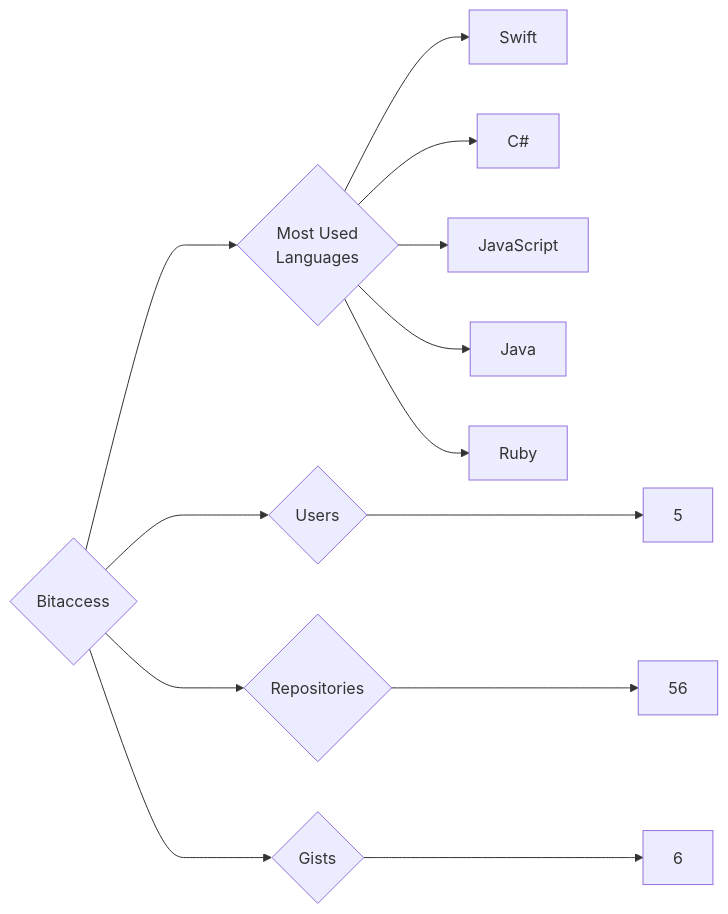
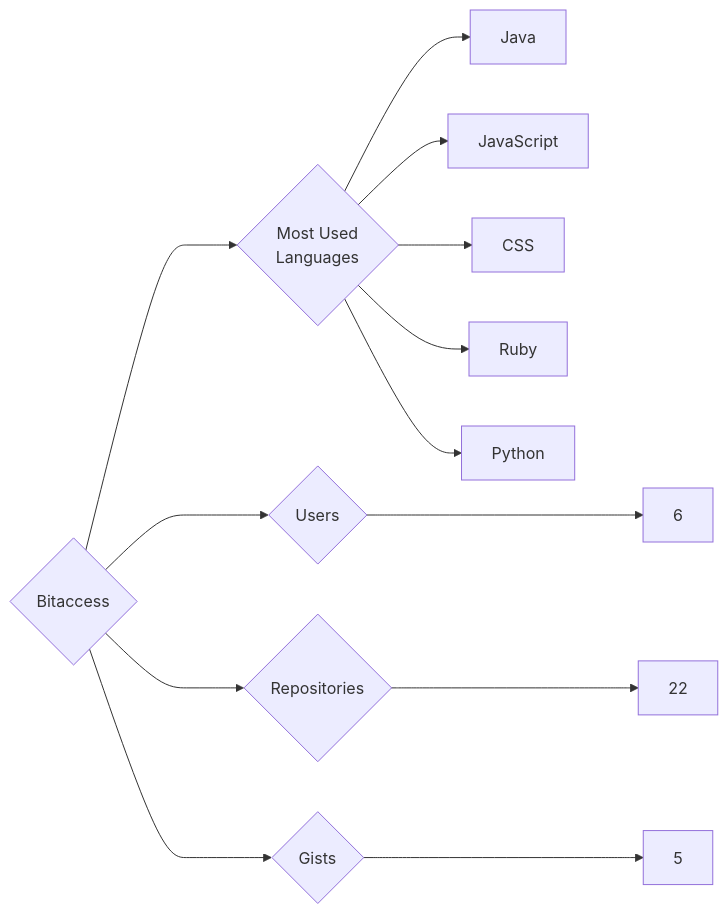
Before and after one commit to trickest/insiders: the diagram in targets/Bitaccess/README.md, drawn with Mermaid. The commit also changed 859 other files, not shown here.

````diff
--- a/targets/Bitaccess/README.md
+++ b/targets/Bitaccess/README.md
@@ -3,13 +3,13 @@
 ```mermaid
 graph LR
 COMPANY_NAME{Bitaccess}
-COMPANY_NAME ---> U{Users} ---> UN[5]
-COMPANY_NAME ---> R{Repositories} ---> RN[56]
-COMPANY_NAME ---> G{Gists} ---> GN[6]
+COMPANY_NAME ---> U{Users} ---> UN[6]
+COMPANY_NAME ---> R{Repositories} ---> RN[22]
+COMPANY_NAME ---> G{Gists} ---> GN[5]
 COMPANY_NAME ---> ML{Most Used<br>Languages}
-ML --> Swift[Swift]
-ML --> C#[C#]
+ML --> Java[Java]
 ML --> JavaScript[JavaScript]
-ML --> Java[Java]
+ML --> CSS[CSS]
 ML --> Ruby[Ruby]
+ML --> Python[Python]
 ```
````
